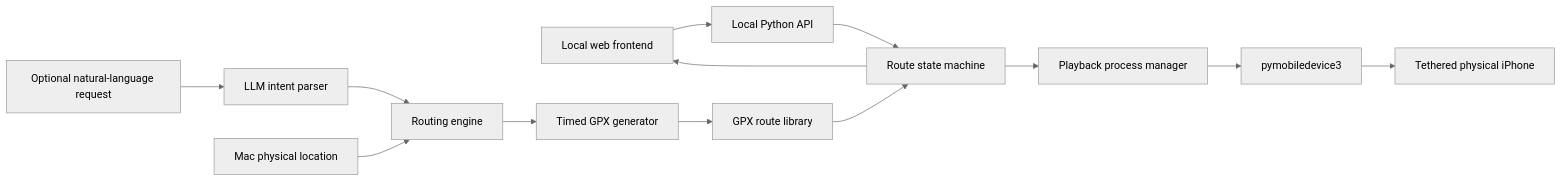
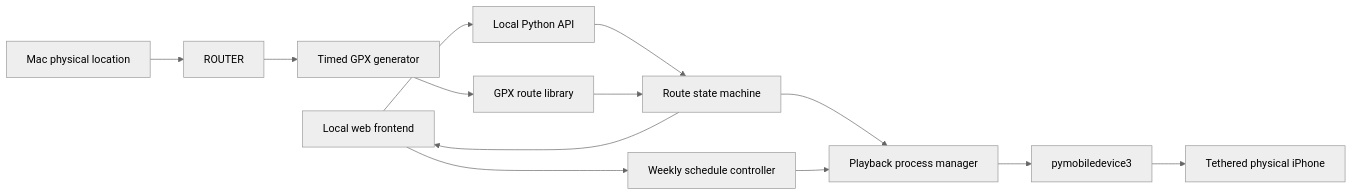
Before and after one commit to jeewoo23/workHelper: the first of 2 diagrams in docs/BUILD_SPEC.md, drawn with Mermaid (neutral theme). The commit also changed other lines of this file and 13 other files, not shown here.

````diff
--- a/docs/BUILD_SPEC.md
+++ b/docs/BUILD_SPEC.md
@@ -160,17 +162,17 @@
 ```mermaid
 flowchart LR
     UI["Local web frontend"] --> API["Local Python API"]
     API --> STATE["Route state machine"]
     STATE --> PROC["Playback process manager"]
     PROC --> PMD3["pymobiledevice3"]
     PMD3 --> PHONE["Tethered physical iPhone"]
 
     GPX["GPX route library"] --> STATE
     STATE --> UI
 
-    PROMPT["Optional natural-language request"] --> LLM["LLM intent parser"]
-    LLM --> ROUTER["Routing engine"]
     PHYSICAL["Mac physical location"] --> ROUTER
     ROUTER --> GENERATOR["Timed GPX generator"]
     GENERATOR --> GPX
+    UI --> SCHEDULE["Weekly schedule controller"]
+    SCHEDULE --> PROC
 ```
````
